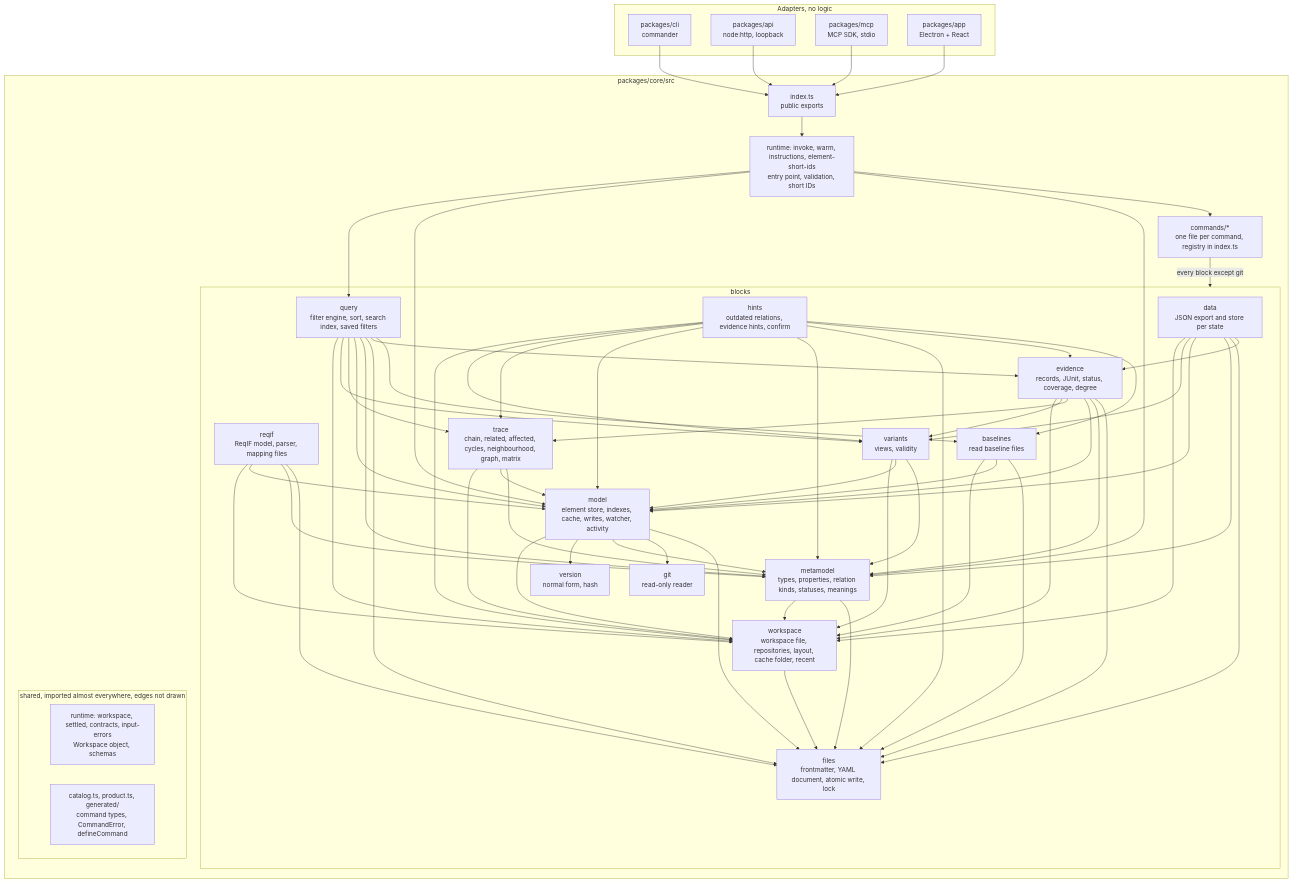
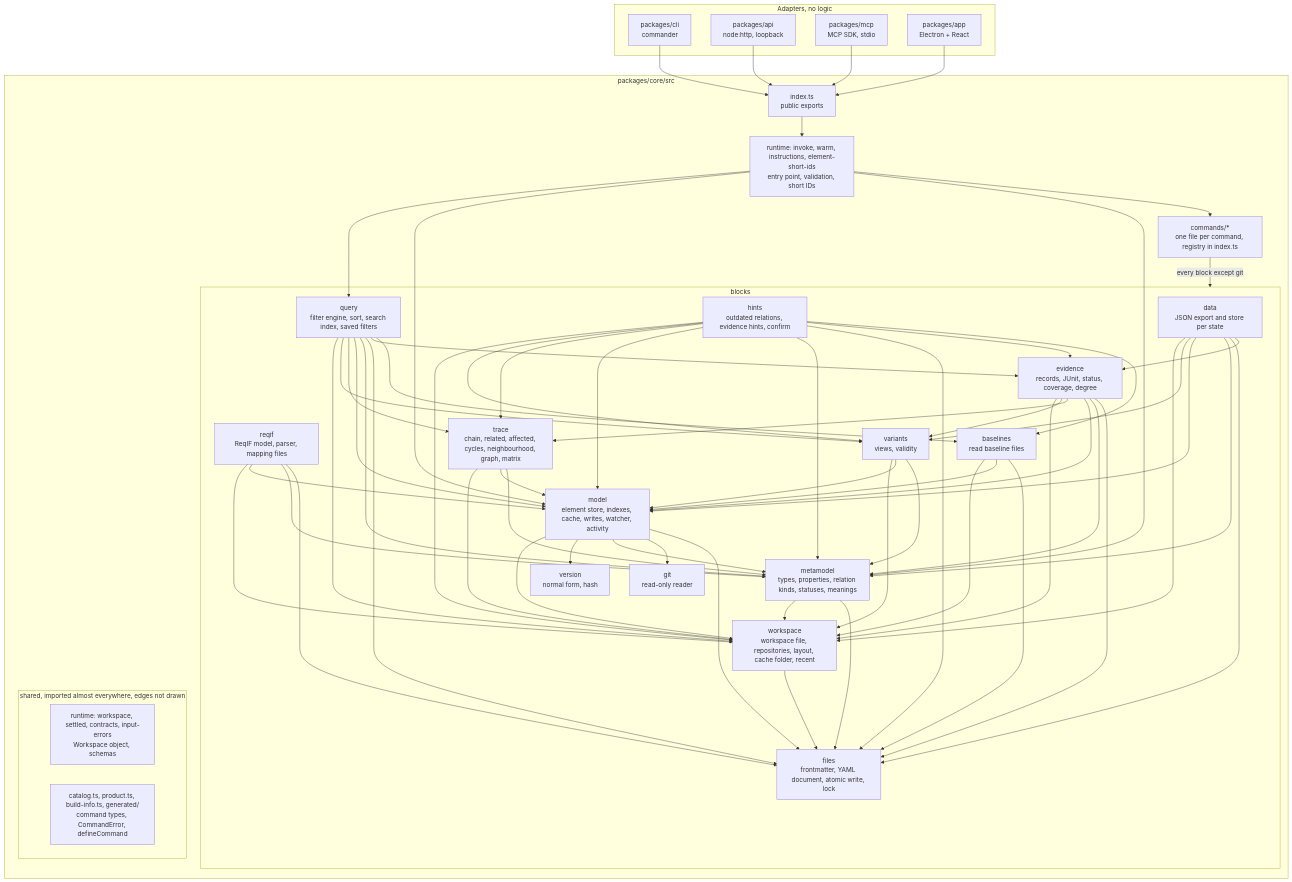
The second of 4 diagrams in docs/architecture/README.md (ThomasBirkmaier/ReqSeq), drawn with Mermaid before and after one commit. The commit also changed other lines of this file and 34 other files, not shown here.

First line of the commit message:
SR-161: tool info shows version, build and the open workspace (#973)

````diff
--- a/docs/architecture/README.md
+++ b/docs/architecture/README.md
@@ -86,49 +86,49 @@
 ```mermaid
 flowchart TB
   subgraph adapters[Adapters, no logic]
     cli[packages/cli<br/>commander]
     api[packages/api<br/>node:http, loopback]
     mcp[packages/mcp<br/>MCP SDK, stdio]
     app[packages/app<br/>Electron + React]
   end
   subgraph core[packages/core/src]
     index[index.ts<br/>public exports]
     entry[runtime: invoke, warm, instructions, element-short-ids<br/>entry point, validation, short IDs]
     commands[commands/*<br/>one file per command, registry in index.ts]
     subgraph blocks[blocks]
       data[data<br/>JSON export and store per state]
       reqif[reqif<br/>ReqIF model, parser, mapping files]
       query[query<br/>filter engine, sort, search index, saved filters]
       hints[hints<br/>outdated relations, evidence hints, confirm]
       evidence[evidence<br/>records, JUnit, status, coverage, degree]
       trace[trace<br/>chain, related, affected, cycles, neighbourhood, graph, matrix]
       variants[variants<br/>views, validity]
       baselines[baselines<br/>read baseline files]
       model[model<br/>element store, indexes, cache, writes, watcher, activity]
       mm[metamodel<br/>types, properties, relation kinds, statuses, meanings]
       ws[workspace<br/>workspace file, repositories, layout, cache folder, recent]
       files[files<br/>frontmatter, YAML document, atomic write, lock]
       version[version<br/>normal form, hash]
       git[git<br/>read-only reader]
     end
     subgraph shared[shared, imported almost everywhere, edges not drawn]
       state[runtime: workspace, settled, contracts, input-errors<br/>Workspace object, schemas]
-      catalog[catalog.ts, product.ts, generated/<br/>command types, CommandError, defineCommand]
+      catalog[catalog.ts, product.ts, build-info.ts, generated/<br/>command types, CommandError, defineCommand]
     end
   end
   cli & api & mcp & app --> index
   index --> entry
   entry --> commands & mm & model & query
   commands -->|every block except git| blocks
   data --> evidence & files & mm & model & variants & ws
   reqif --> files & mm & model & ws
   query --> baselines & evidence & files & mm & model & trace & variants & ws
   hints --> baselines & evidence & files & mm & model & trace & variants & ws
   evidence --> files & mm & model & trace & variants & ws
   trace --> mm & model & ws
   variants --> mm & model & ws
   baselines --> files & model & ws
   model --> files & git & mm & version & ws
   mm --> files & ws
   ws --> files
 ```
````
